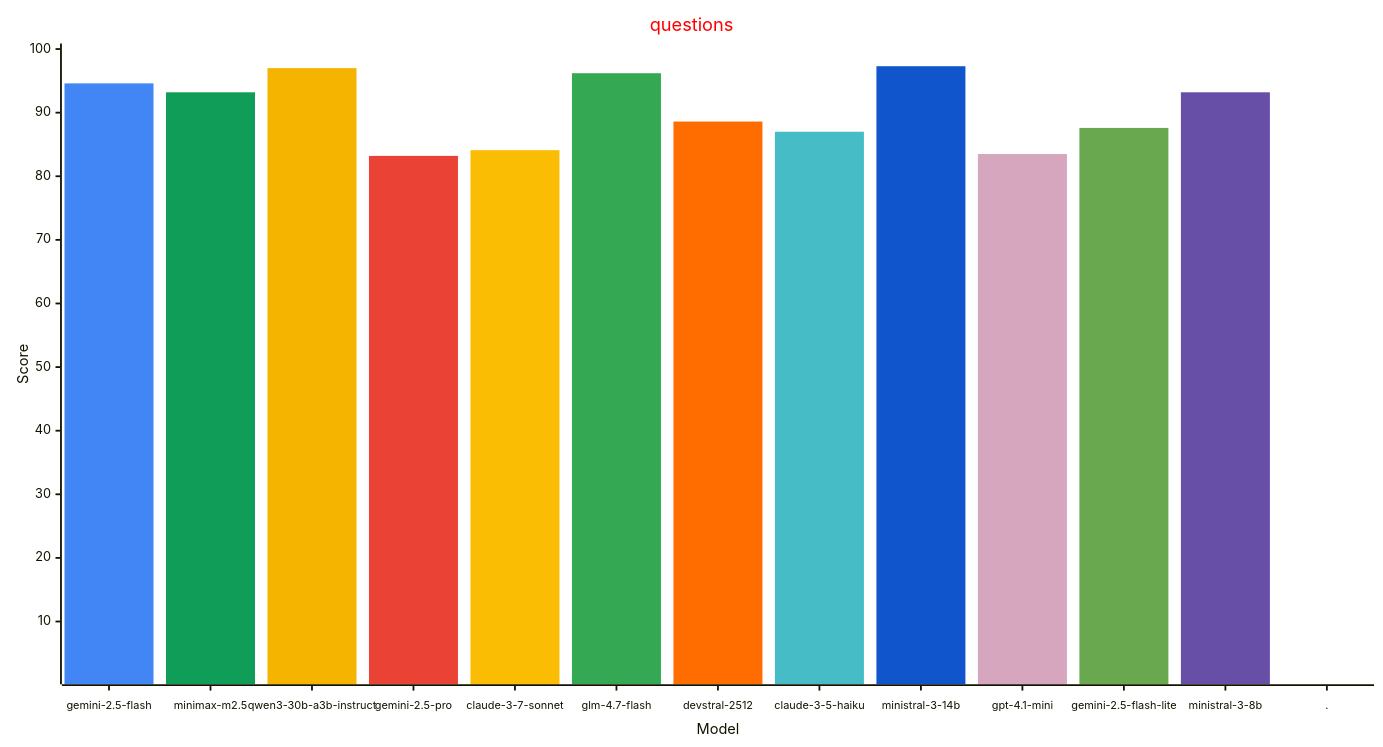
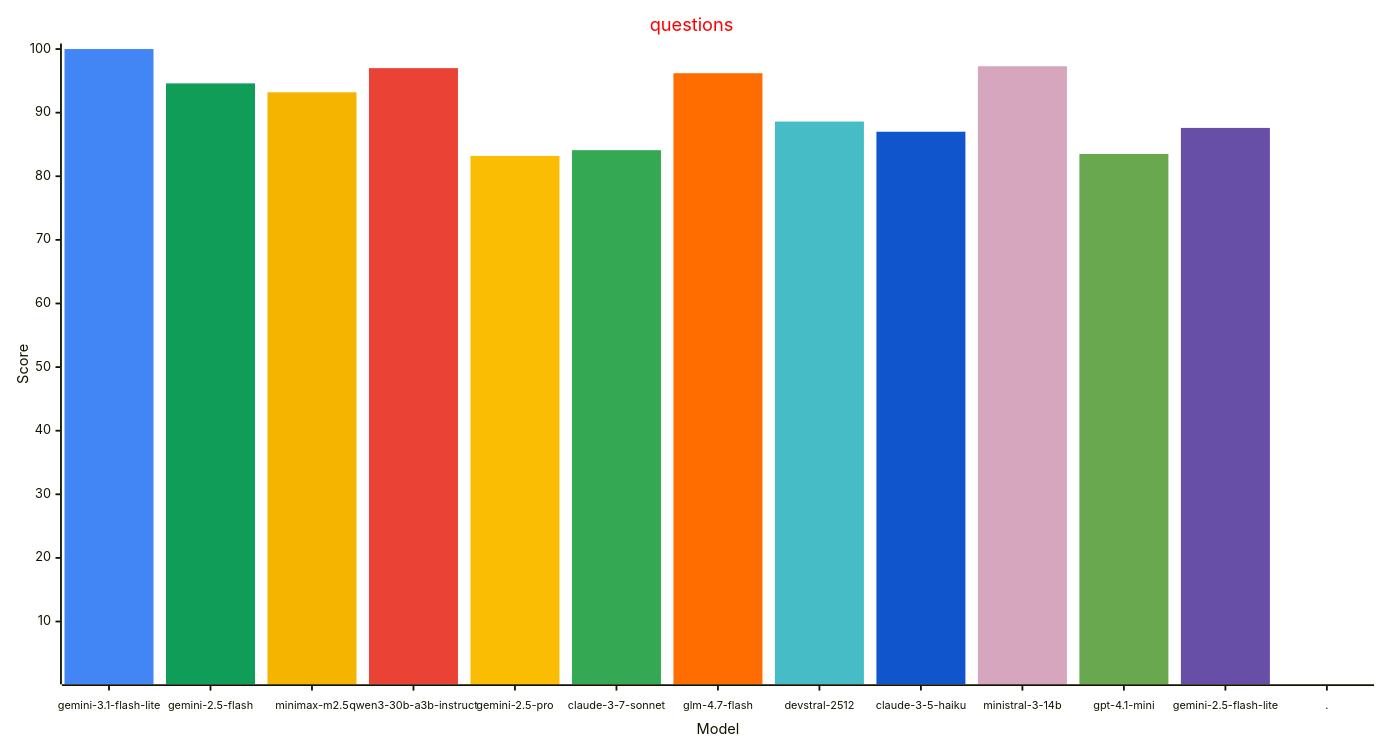
The third of 4 diagrams in reports/README.md (allenporter/home-assistant-datasets), drawn with Mermaid before and after one commit. The commit also changed other lines of this file and 1088 other files, not shown here.

Commit message:
Add Gemini 3.1 Flash Lite evaluation results

````diff
--- a/reports/README.md
+++ b/reports/README.md
@@ -166,33 +167,33 @@
 ```mermaid
 ---
 config:
     xyChart:
         width: 1500
         height: 800
         xAxis:
           labelFontSize: 12
           labelPadding: 8
     themeVariables:
         xyChart:
             titleColor: "#ff0000"
             plotColorPalette: "#4285f4, #0f9d58, #f4b400, #ea4335, #fbbc04, #34a853, #ff6d01, #46bdc6, #1155cc, #d5a6bd, #6aa84f, #674ea7, #4285f4"
 
 ---
 xychart-beta
   title "questions"
-  x-axis "Model" [gemini-2.5-flash, minimax-m2.5, qwen3-30b-a3b-instruct, gemini-2.5-pro, claude-3-7-sonnet, glm-4.7-flash, devstral-2512, claude-3-5-haiku, ministral-3-14b, gpt-4.1-mini, gemini-2.5-flash-lite, ministral-3-8b, .]
+  x-axis "Model" [gemini-3.1-flash-lite, gemini-2.5-flash, minimax-m2.5, qwen3-30b-a3b-instruct, gemini-2.5-pro, claude-3-7-sonnet, glm-4.7-flash, devstral-2512, claude-3-5-haiku, ministral-3-14b, gpt-4.1-mini, gemini-2.5-flash-lite, .]
   y-axis "Score" 1 --> 100
-  bar [94.6, 0.0, 0.0, 0.0, 0.0, 0.0, 0.0, 0.0, 0.0, 0.0, 0.0, 0.0, 0.0]
-  bar [0.0, 93.2, 0.0, 0.0, 0.0, 0.0, 0.0, 0.0, 0.0, 0.0, 0.0, 0.0, 0.0]
-  bar [0.0, 0.0, 97.0, 0.0, 0.0, 0.0, 0.0, 0.0, 0.0, 0.0, 0.0, 0.0, 0.0]
-  bar [0.0, 0.0, 0.0, 83.2, 0.0, 0.0, 0.0, 0.0, 0.0, 0.0, 0.0, 0.0, 0.0]
-  bar [0.0, 0.0, 0.0, 0.0, 84.1, 0.0, 0.0, 0.0, 0.0, 0.0, 0.0, 0.0, 0.0]
-  bar [0.0, 0.0, 0.0, 0.0, 0.0, 96.2, 0.0, 0.0, 0.0, 0.0, 0.0, 0.0, 0.0]
-  bar [0.0, 0.0, 0.0, 0.0, 0.0, 0.0, 88.6, 0.0, 0.0, 0.0, 0.0, 0.0, 0.0]
-  bar [0.0, 0.0, 0.0, 0.0, 0.0, 0.0, 0.0, 87.0, 0.0, 0.0, 0.0, 0.0, 0.0]
-  bar [0.0, 0.0, 0.0, 0.0, 0.0, 0.0, 0.0, 0.0, 97.3, 0.0, 0.0, 0.0, 0.0]
-  bar [0.0, 0.0, 0.0, 0.0, 0.0, 0.0, 0.0, 0.0, 0.0, 83.5, 0.0, 0.0, 0.0]
-  bar [0.0, 0.0, 0.0, 0.0, 0.0, 0.0, 0.0, 0.0, 0.0, 0.0, 87.6, 0.0, 0.0]
-  bar [0.0, 0.0, 0.0, 0.0, 0.0, 0.0, 0.0, 0.0, 0.0, 0.0, 0.0, 93.2, 0.0]
+  bar [100.0, 0.0, 0.0, 0.0, 0.0, 0.0, 0.0, 0.0, 0.0, 0.0, 0.0, 0.0, 0.0]
+  bar [0.0, 94.6, 0.0, 0.0, 0.0, 0.0, 0.0, 0.0, 0.0, 0.0, 0.0, 0.0, 0.0]
+  bar [0.0, 0.0, 93.2, 0.0, 0.0, 0.0, 0.0, 0.0, 0.0, 0.0, 0.0, 0.0, 0.0]
+  bar [0.0, 0.0, 0.0, 97.0, 0.0, 0.0, 0.0, 0.0, 0.0, 0.0, 0.0, 0.0, 0.0]
+  bar [0.0, 0.0, 0.0, 0.0, 83.2, 0.0, 0.0, 0.0, 0.0, 0.0, 0.0, 0.0, 0.0]
+  bar [0.0, 0.0, 0.0, 0.0, 0.0, 84.1, 0.0, 0.0, 0.0, 0.0, 0.0, 0.0, 0.0]
+  bar [0.0, 0.0, 0.0, 0.0, 0.0, 0.0, 96.2, 0.0, 0.0, 0.0, 0.0, 0.0, 0.0]
+  bar [0.0, 0.0, 0.0, 0.0, 0.0, 0.0, 0.0, 88.6, 0.0, 0.0, 0.0, 0.0, 0.0]
+  bar [0.0, 0.0, 0.0, 0.0, 0.0, 0.0, 0.0, 0.0, 87.0, 0.0, 0.0, 0.0, 0.0]
+  bar [0.0, 0.0, 0.0, 0.0, 0.0, 0.0, 0.0, 0.0, 0.0, 97.3, 0.0, 0.0, 0.0]
+  bar [0.0, 0.0, 0.0, 0.0, 0.0, 0.0, 0.0, 0.0, 0.0, 0.0, 83.5, 0.0, 0.0]
+  bar [0.0, 0.0, 0.0, 0.0, 0.0, 0.0, 0.0, 0.0, 0.0, 0.0, 0.0, 87.6, 0.0]
   bar [0.0, 0.0, 0.0, 0.0, 0.0, 0.0, 0.0, 0.0, 0.0, 0.0, 0.0, 0.0, -1.0]
 ```
````
